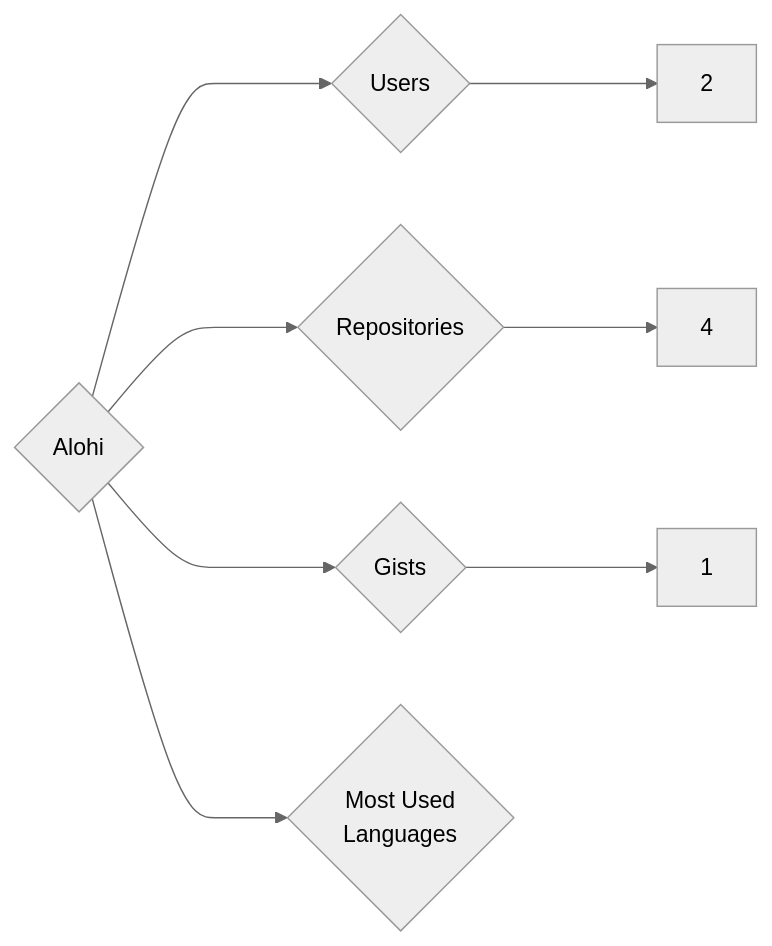
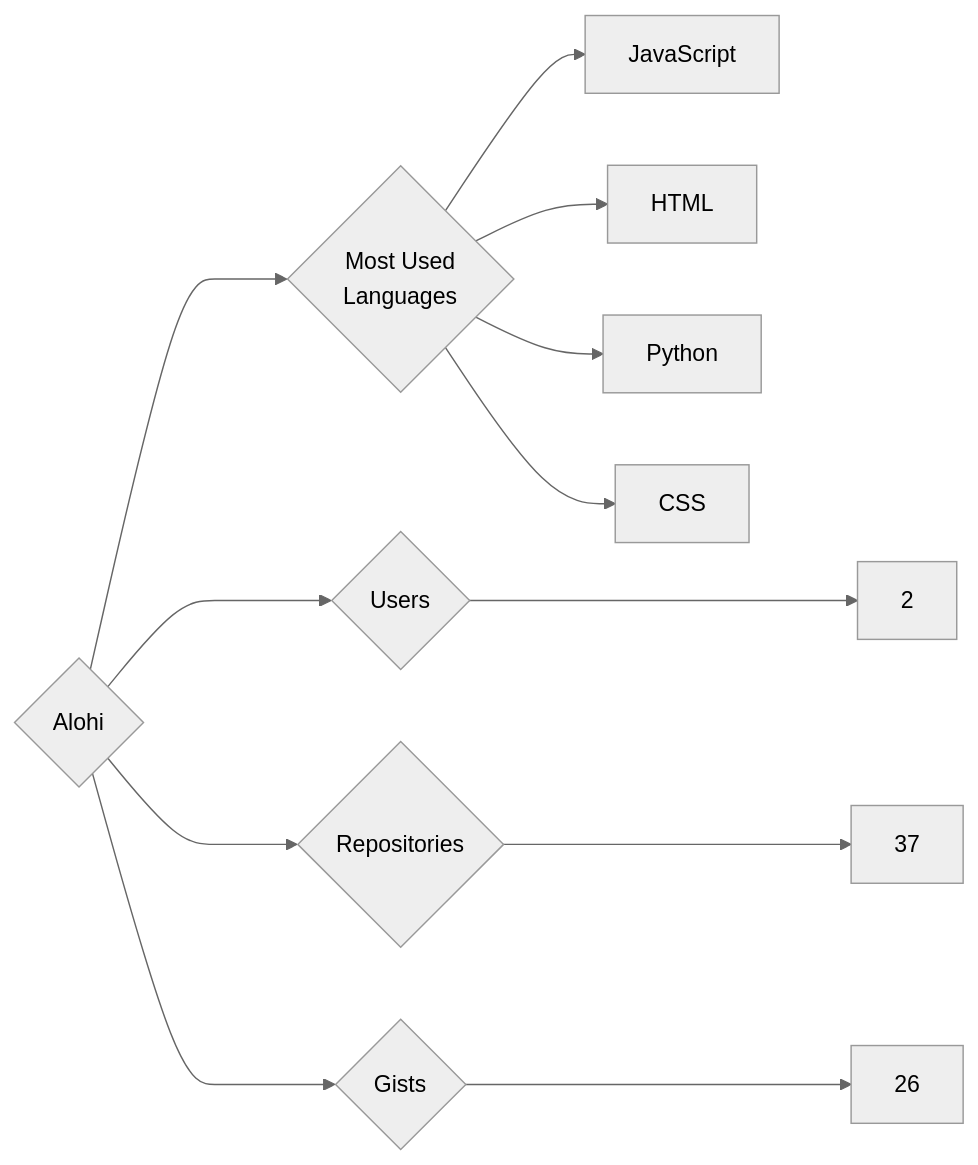
The diagram in targets/Alohi/README.md (trickest/insiders), drawn with Mermaid (neutral theme) before and after one commit. The commit also changed 745 other files, not shown here.

````diff
--- a/targets/Alohi/README.md
+++ b/targets/Alohi/README.md
@@ -3,8 +3,12 @@
 ```mermaid
 graph LR
 COMPANY_NAME{Alohi}
 COMPANY_NAME ---> U{Users} ---> UN[2]
-COMPANY_NAME ---> R{Repositories} ---> RN[4]
-COMPANY_NAME ---> G{Gists} ---> GN[1]
+COMPANY_NAME ---> R{Repositories} ---> RN[37]
+COMPANY_NAME ---> G{Gists} ---> GN[26]
 COMPANY_NAME ---> ML{Most Used<br>Languages}
+ML --> JavaScript[JavaScript]
+ML --> HTML[HTML]
+ML --> Python[Python]
+ML --> CSS[CSS]
 ```
````
